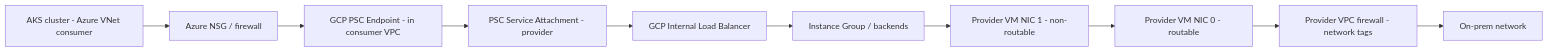
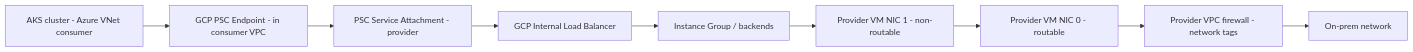
One commit to aminson49/test changed the diagram in README.md. Above: the diagram before and after it, drawn with Mermaid.

````diff
--- a/README.md
+++ b/README.md
@@ -3,12 +3,11 @@
 ```mermaid
 flowchart LR
-    aks["AKS cluster - Azure VNet consumer"] --> nsg["Azure NSG / firewall"]
-    nsg --> psc_ep["GCP PSC Endpoint - in consumer VPC"]
+    aks["AKS cluster - Azure VNet consumer"] --> psc_ep["GCP PSC Endpoint - in consumer VPC"]
     psc_ep --> sa["PSC Service Attachment - provider"]
     sa --> ilb[GCP Internal Load Balancer]
     ilb --> ig[Instance Group / backends]
     ig --> nic1["Provider VM NIC 1 - non-routable"]
     nic1 --> nic0["Provider VM NIC 0 - routable"]
     nic0 --> vpc_fw["Provider VPC firewall - network tags"]
     vpc_fw --> onprem["On-prem network"]
 ```
````
